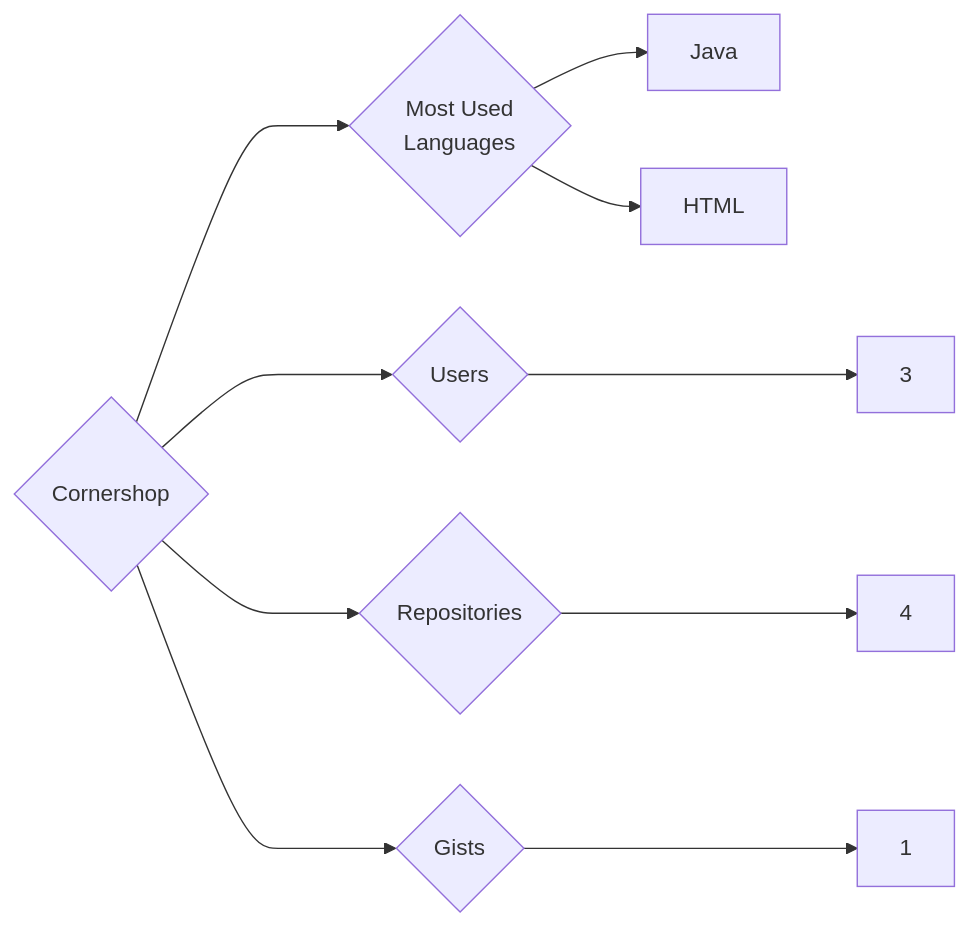
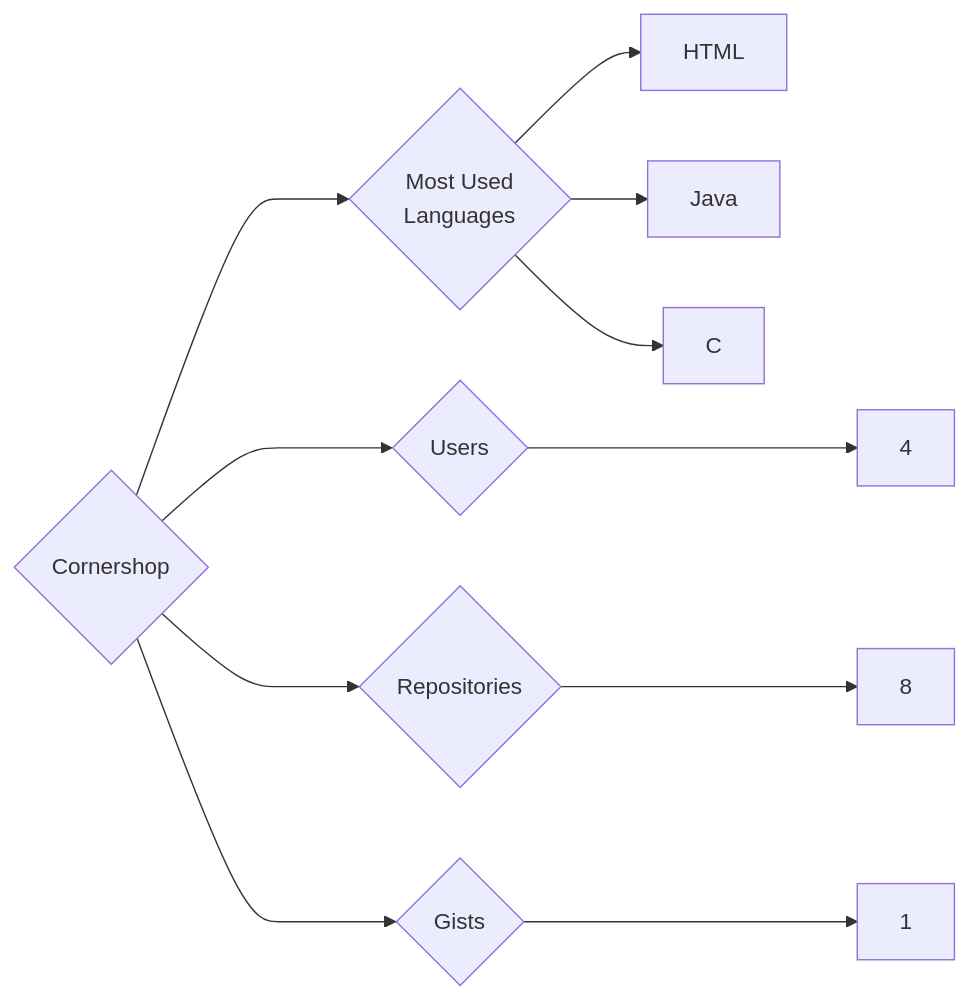
The diagram in targets/Cornershop/README.md (trickest/insiders), drawn with Mermaid before and after one commit. The commit also changed 942 other files, not shown here.

````diff
--- a/targets/Cornershop/README.md
+++ b/targets/Cornershop/README.md
@@ -3,10 +3,11 @@
 ```mermaid
 graph LR
 COMPANY_NAME{Cornershop}
-COMPANY_NAME ---> U{Users} ---> UN[3]
-COMPANY_NAME ---> R{Repositories} ---> RN[4]
+COMPANY_NAME ---> U{Users} ---> UN[4]
+COMPANY_NAME ---> R{Repositories} ---> RN[8]
 COMPANY_NAME ---> G{Gists} ---> GN[1]
 COMPANY_NAME ---> ML{Most Used<br>Languages}
+ML --> HTML[HTML]
 ML --> Java[Java]
-ML --> HTML[HTML]
+ML --> C[C]
 ```
````
